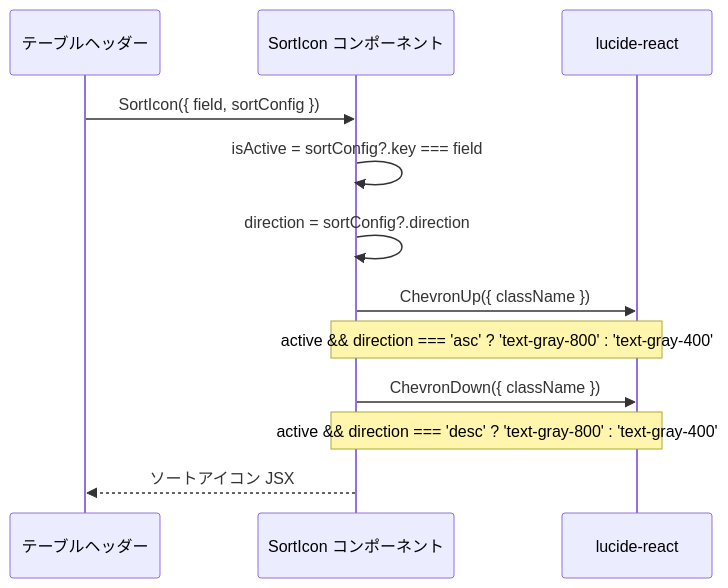
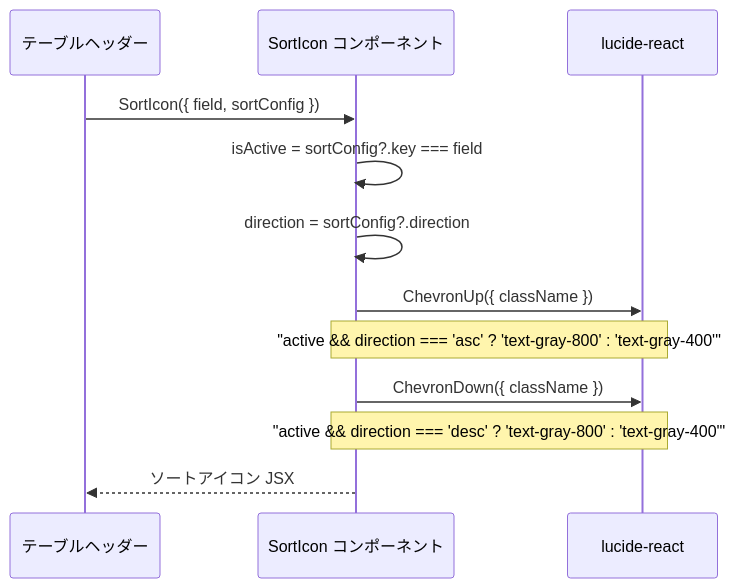
The second of 6 diagrams in document/utils/sequence/sortUtils.md (wasabi49/ocs-systemDevelopmentExercises), drawn with Mermaid before and after one commit. The commit also changed 42 other files, not shown here.

First line of the commit message:
fix: mermaidシーケンス図のNote over文でダブルクォーテーション不足を修正

````diff
--- a/document/utils/sequence/sortUtils.md
+++ b/document/utils/sequence/sortUtils.md
@@ -42,18 +42,18 @@
 ```mermaid
 sequenceDiagram
     participant TableHeader as テーブルヘッダー
     participant SortIcon as SortIcon コンポーネント
     participant Lucide as lucide-react
 
     TableHeader->>SortIcon: SortIcon({ field, sortConfig })
     SortIcon->>SortIcon: isActive = sortConfig?.key === field
     SortIcon->>SortIcon: direction = sortConfig?.direction
     
     SortIcon->>Lucide: ChevronUp({ className })
-    Note over SortIcon,Lucide: active && direction === 'asc' ? 'text-gray-800' : 'text-gray-400'
+    Note over SortIcon,Lucide: "active && direction === 'asc' ? 'text-gray-800' : 'text-gray-400'"
     
     SortIcon->>Lucide: ChevronDown({ className })
-    Note over SortIcon,Lucide: active && direction === 'desc' ? 'text-gray-800' : 'text-gray-400'
+    Note over SortIcon,Lucide: "active && direction === 'desc' ? 'text-gray-800' : 'text-gray-400'"
     
     SortIcon-->>TableHeader: ソートアイコン JSX
 ```
````
